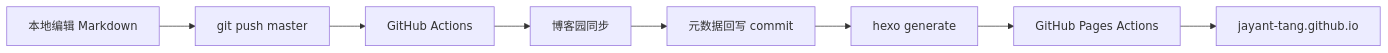
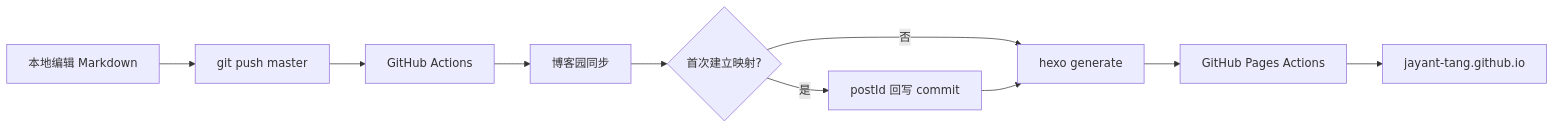
The diagram in docs/ARCHITECTURE.md (Jayant-Tang/Jayant-Tang.github.io), drawn with Mermaid before and after one commit. The commit also changed other lines of this file and 37 other files, not shown here.

First line of the commit message:
refactor(cnblogs): use post ID as sole mapping

````diff
--- a/docs/ARCHITECTURE.md
+++ b/docs/ARCHITECTURE.md
@@ -7,10 +7,12 @@
 ```mermaid
 flowchart LR
   Dev[本地编辑 Markdown] --> Push[git push master]
   Push --> CI[GitHub Actions]
   CI --> Cnblogs[博客园同步]
-  Cnblogs --> Backfill[元数据回写 commit]
+  Cnblogs --> FirstMapping{"首次建立映射?"}
+  FirstMapping -->|是| Backfill[postId 回写 commit]
+  FirstMapping -->|否| Build[hexo generate]
   Backfill --> Build[hexo generate]
   Build --> Pages[GitHub Pages Actions]
   Pages --> Site[jayant-tang.github.io]
 ```
````
